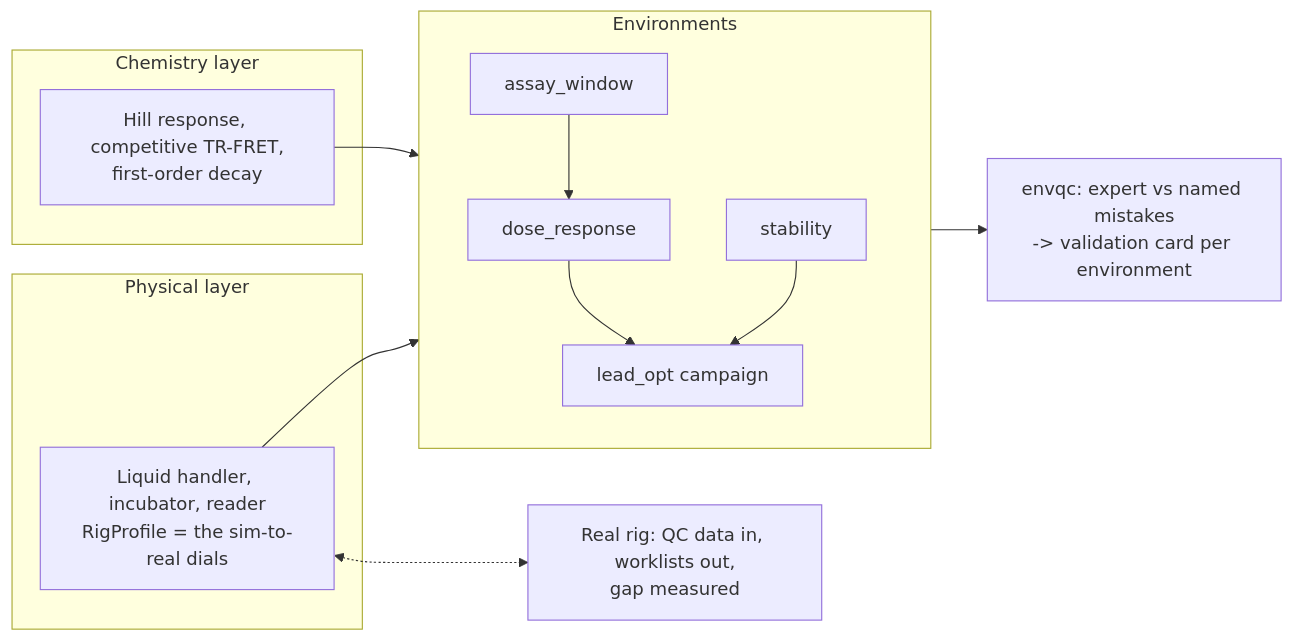
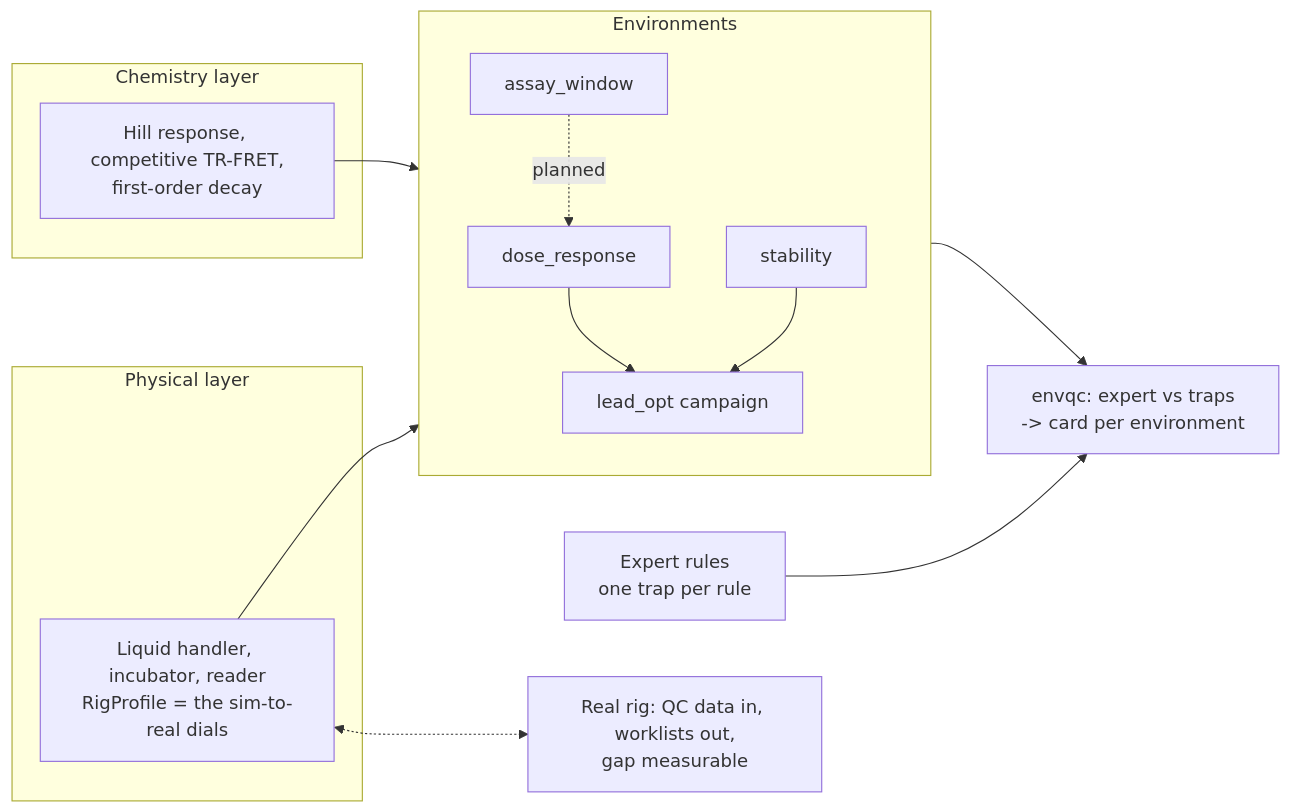
One commit to di-omics/drugdev-gym changed the diagram in README.md. Above: the diagram before and after it, drawn with Mermaid. The commit also changed other lines of this file and 35 other files, not shown here.

First line of the commit message:
Expert rules layer; review fixes; regenerated results

````diff
--- a/README.md
+++ b/README.md
@@ -31,18 +32,19 @@
 ```mermaid
 flowchart LR
   subgraph physical [Physical layer]
     rig[Liquid handler, incubator, reader<br/>RigProfile = the sim-to-real dials]
   end
   subgraph chem [Chemistry layer]
     c[Hill response, competitive TR-FRET,<br/>first-order decay]
   end
   subgraph environments [Environments]
-    aw[assay_window] --> dr[dose_response]
+    aw[assay_window] -. planned .-> dr[dose_response]
     dr --> lo[lead_opt campaign]
     st[stability] --> lo
   end
+  rules[Expert rules<br/>one trap per rule] --> qc
   rig --> environments
   c --> environments
-  environments --> qc[envqc: expert vs named mistakes<br/>-> validation card per environment]
-  rig <-.-> real[Real rig: QC data in, worklists out,<br/>gap measured]
+  environments --> qc[envqc: expert vs traps<br/>-> card per environment]
+  rig <-.-> real[Real rig: QC data in, worklists out,<br/>gap measurable]
 ```
````
